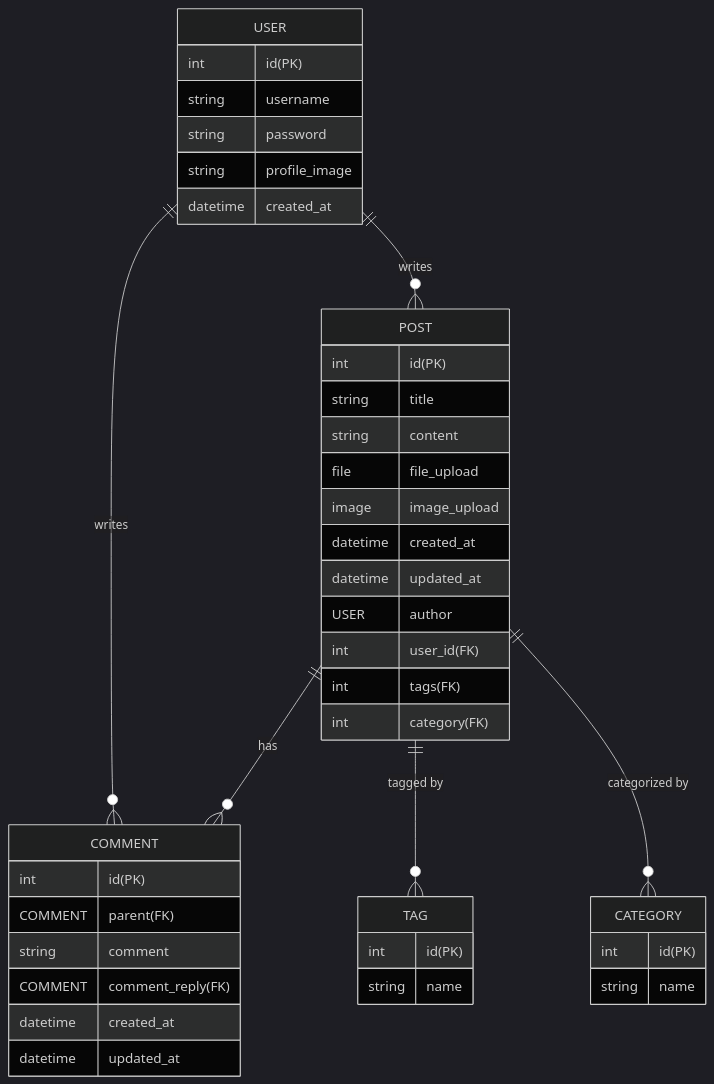
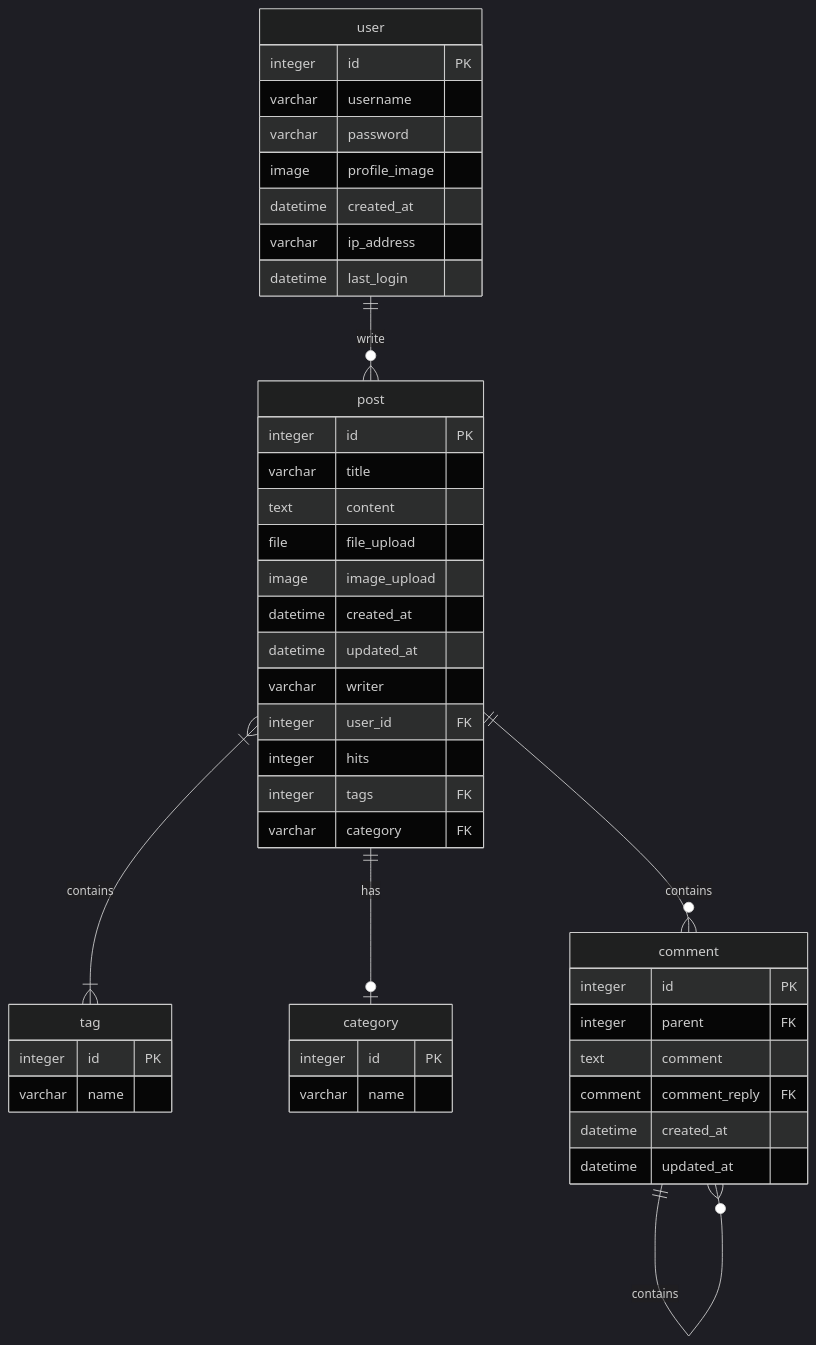
The second of 2 diagrams in README.md (JoohyungDev/movie-review-blog), drawn with Mermaid (dark theme) before and after one commit.

````diff
--- a/README.md
+++ b/README.md
@@ -155,44 +155,50 @@
 ```mermaid
 erDiagram
-    USER ||--o{ POST : "writes"
-    USER ||--o{ COMMENT : "writes"
-    USER {
-        int id(PK)
-        string username
-        string password
-        string profile_image
-        datetime created_at
+    user ||--o{ post : write
+    user {
+      integer id PK
+      varchar username
+      varchar password
+      image profile_image
+      datetime created_at
+      varchar ip_address
+      datetime last_login
     }
-    POST ||--o{ COMMENT : "has"
-    POST ||--o{ TAG : "tagged by"
-    POST ||--o{ CATEGORY : "categorized by"
-    POST {
-        int id(PK)
-        string title
-        string content
-        file file_upload
-        image image_upload
-        datetime created_at
-        datetime updated_at
-        USER author
-        int user_id(FK)
-        int tags(FK)
-        int category(FK)
+    post }|--|{ tag : contains
+    post ||--o| category : has
+    post {
+      integer id PK
+      varchar title
+      text content
+      file file_upload
+      image image_upload
+      datetime created_at
+      datetime updated_at
+      varchar writer
+      integer user_id FK
+      integer hits
+      integer tags FK
+      varchar category FK
     }
-    CATEGORY {
-        int id(PK)
-        string name
+    post ||--o{ comment : contains
+    comment ||--o{ comment : contains
+    comment {
+      integer id PK
+      integer parent FK
+      text comment
+      comment comment_reply FK
+      datetime created_at
+      datetime updated_at
     }
-    TAG {
-        int id(PK)
-        string name
+    
+    tag {
+      integer id PK
+      varchar name
     }
-    COMMENT {
-        int id(PK)
-        COMMENT parent(FK)
-        string comment
-        COMMENT comment_reply(FK)
-        datetime created_at
-        datetime updated_at
+    
+    
+    category {
+      integer id PK
+      varchar name
     }
 ```
````
